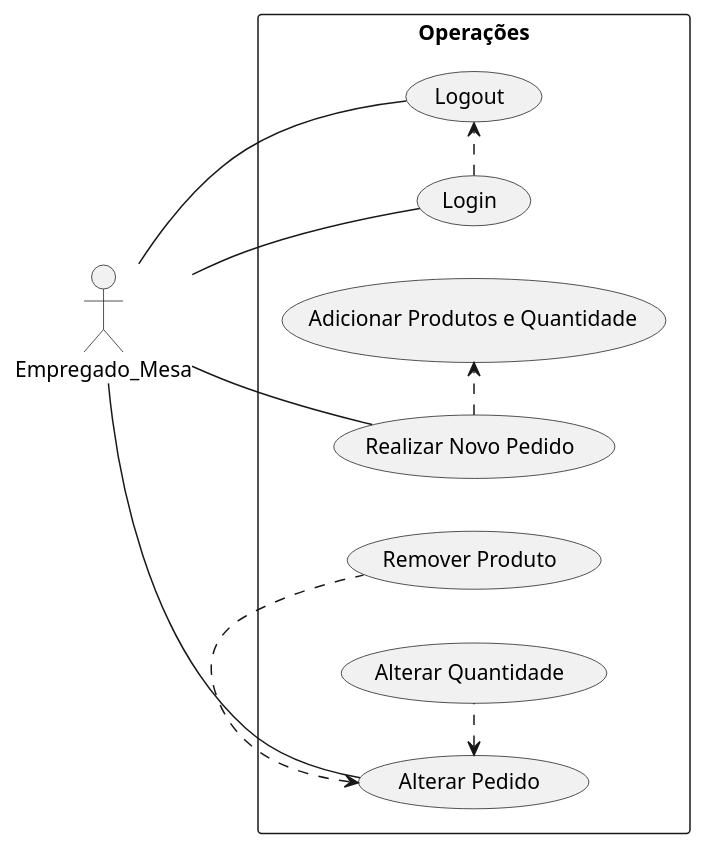
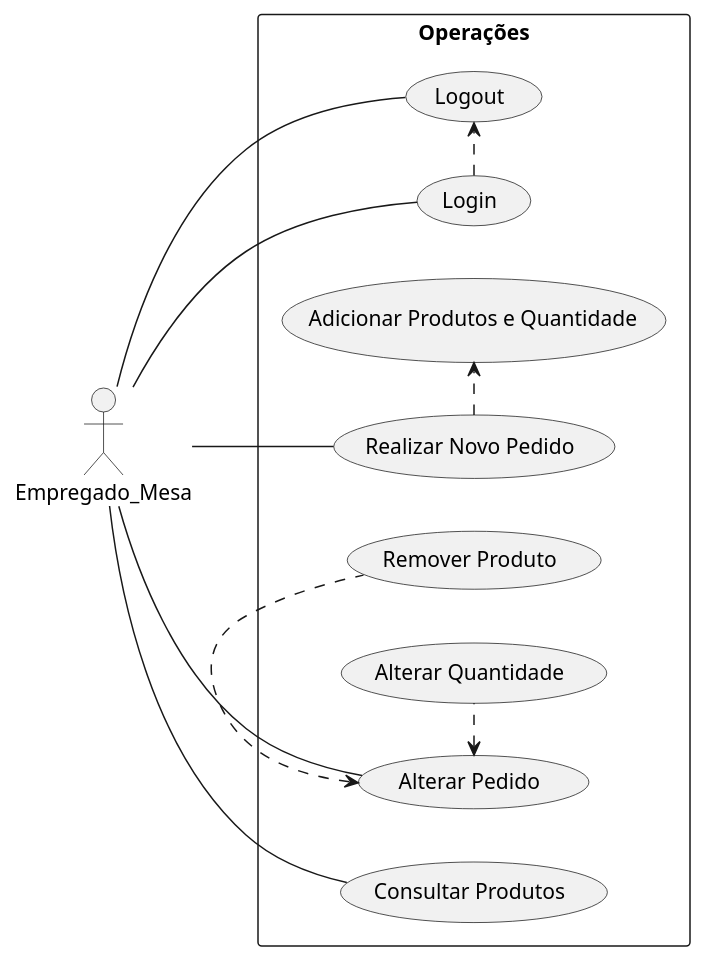
Before and after one commit to nmfer/Zurrapa_Proj.BaseDados: the diagram in Diagramas/use_case_table.puml, drawn with PlantUML. The commit also changed 2 other files, not shown here.

Commit message:
diagramas_atividade

```diff
--- a/Diagramas/use_case_table.puml
+++ b/Diagramas/use_case_table.puml
@@ -1,14 +1,15 @@
 @startuml
 left to right direction
 actor Empregado_Mesa
 rectangle Operações {
     Empregado_Mesa -- (Login)
     Empregado_Mesa -- (Logout)
+    Empregado_Mesa -- (Consultar Produtos)
     (Login) .> (Logout)
     Empregado_Mesa -- (Realizar Novo Pedido)
     (Realizar Novo Pedido) .> (Adicionar Produtos e Quantidade)
     Empregado_Mesa -- (Alterar Pedido)
     (Alterar Pedido) <. (Remover Produto)
     (Alterar Pedido) <. (Alterar Quantidade)
 }
 @enduml
```
